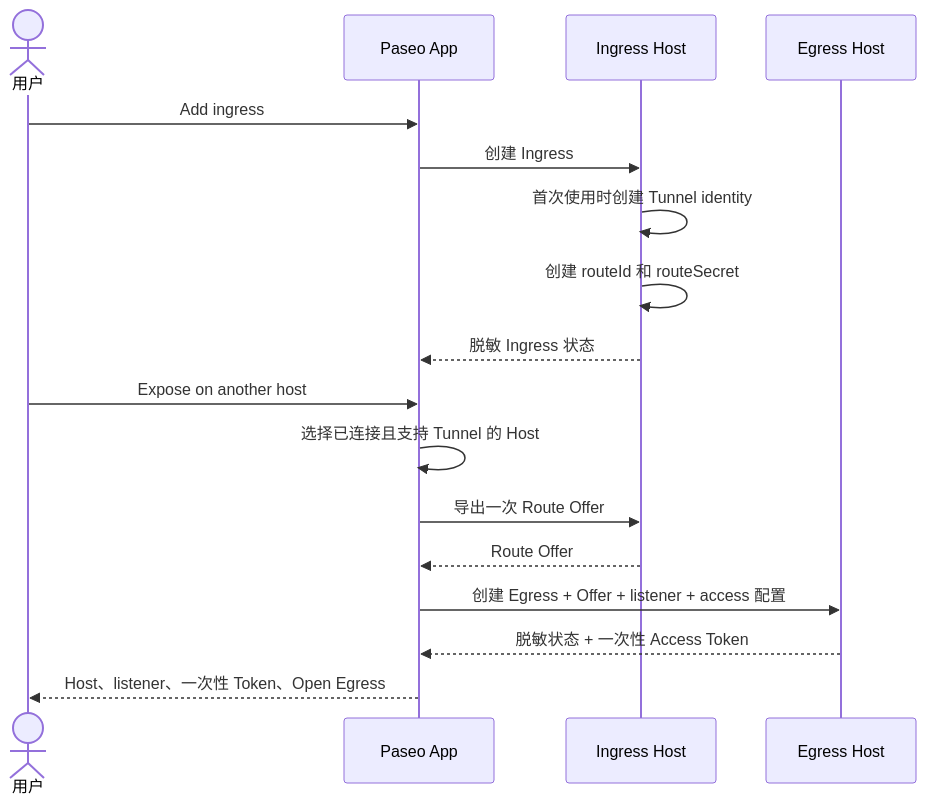
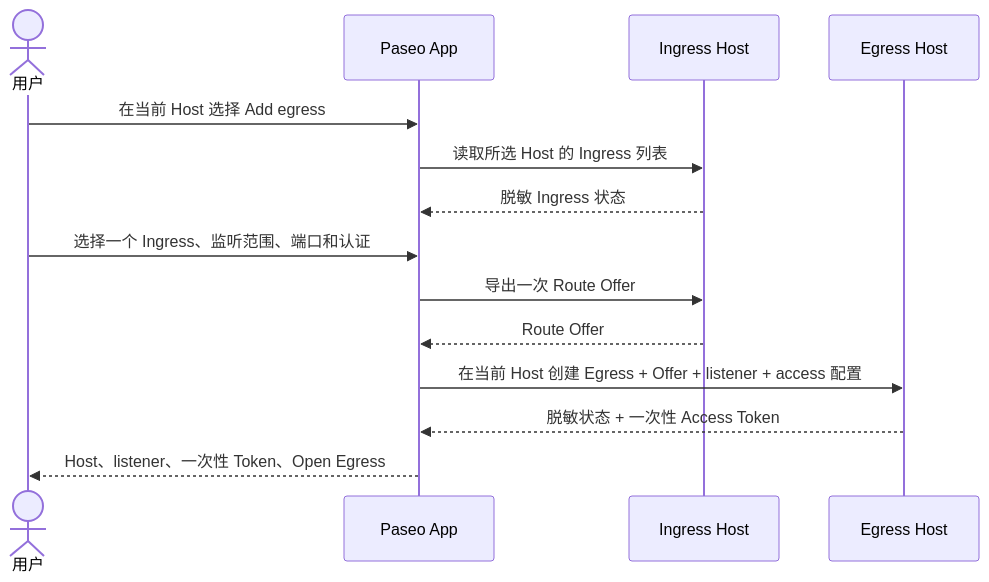
Before and after one commit to lyhu/paseo: the second of 5 diagrams in docs/tunnel/http-proxy-tunnel-design.md, drawn with Mermaid. The commit also changed other lines of this file and 13 other files, not shown here.

````diff
--- a/docs/tunnel/http-proxy-tunnel-design.md
+++ b/docs/tunnel/http-proxy-tunnel-design.md
@@ -77,21 +77,17 @@
 ```mermaid
 sequenceDiagram
     actor User as 用户
     participant App as Paseo App
     participant I as Ingress Host
     participant E as Egress Host
 
-    User->>App: Add ingress
-    App->>I: 创建 Ingress
-    I->>I: 首次使用时创建 Tunnel identity
-    I->>I: 创建 routeId 和 routeSecret
+    User->>App: 在当前 Host 选择 Add egress
+    App->>I: 读取所选 Host 的 Ingress 列表
     I-->>App: 脱敏 Ingress 状态
-
-    User->>App: Expose on another host
-    App->>App: 选择已连接且支持 Tunnel 的 Host
+    User->>App: 选择一个 Ingress、监听范围、端口和认证
     App->>I: 导出一次 Route Offer
     I-->>App: Route Offer
-    App->>E: 创建 Egress + Offer + listener + access 配置
+    App->>E: 在当前 Host 创建 Egress + Offer + listener + access 配置
     E-->>App: 脱敏状态 + 一次性 Access Token
     App-->>User: Host、listener、一次性 Token、Open Egress
 ```
````
